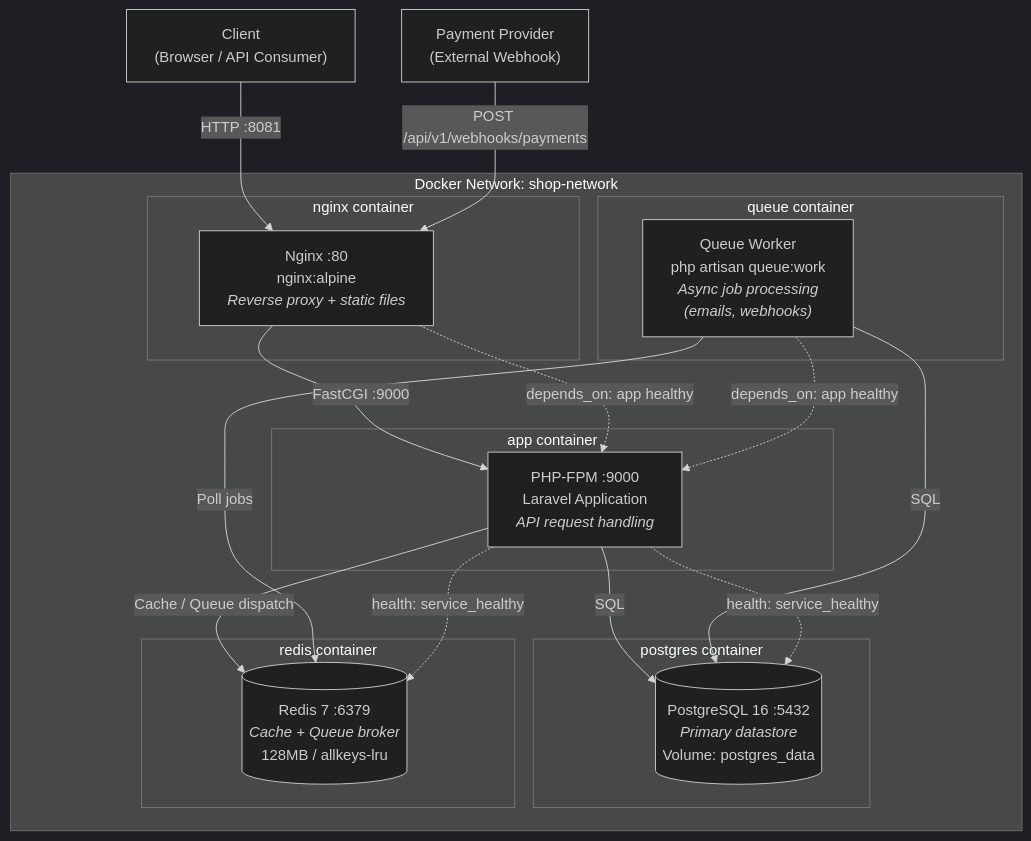
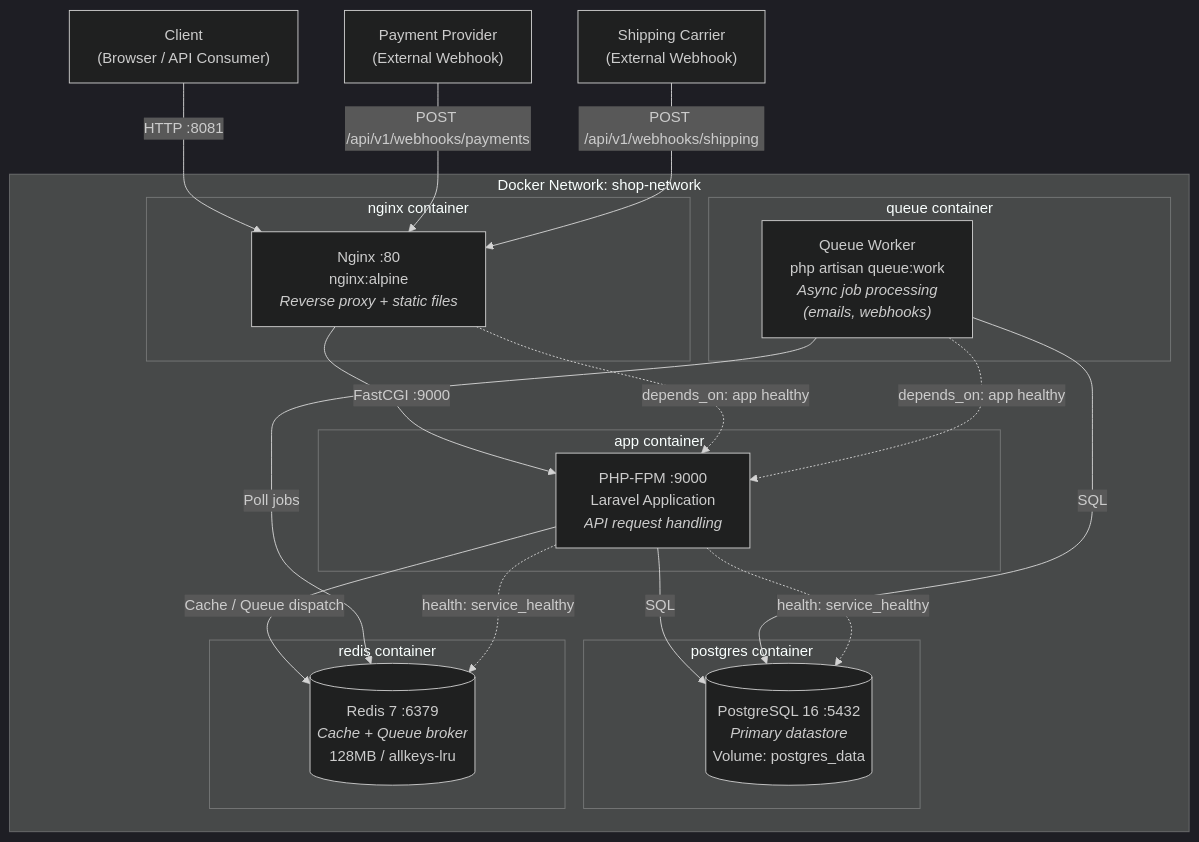
Before and after one commit to nefelitav/e-commerce-api: the third of 5 diagrams in docs/UML_DIAGRAMS.md, drawn with Mermaid (dark theme). The commit also changed other lines of this file and 49 other files, not shown here.

````diff
--- a/docs/UML_DIAGRAMS.md
+++ b/docs/UML_DIAGRAMS.md
@@ -196,39 +196,41 @@
 ```mermaid
 graph TB
     subgraph "Docker Network: shop-network"
         subgraph "nginx container"
             nginxService["Nginx :80<br/>nginx:alpine<br/><i>Reverse proxy + static files</i>"]
         end
 
         subgraph "app container"
             phpFpm["PHP-FPM :9000<br/>Laravel Application<br/><i>API request handling</i>"]
         end
 
         subgraph "queue container"
             queueWorker["Queue Worker<br/>php artisan queue:work<br/><i>Async job processing<br/>(emails, webhooks)</i>"]
         end
 
         subgraph "postgres container"
             postgresDb[("PostgreSQL 16 :5432<br/><i>Primary datastore</i><br/>Volume: postgres_data")]
         end
 
         subgraph "redis container"
             redisCache[("Redis 7 :6379<br/><i>Cache + Queue broker</i><br/>128MB / allkeys-lru")]
         end
     end
 
     client["Client<br/>(Browser / API Consumer)"]
     paymentProvider["Payment Provider<br/>(External Webhook)"]
+    shippingCarrier["Shipping Carrier<br/>(External Webhook)"]
 
     client -- "HTTP :8081" --> nginxService
     paymentProvider -- "POST /api/v1/webhooks/payments" --> nginxService
+    shippingCarrier -- "POST /api/v1/webhooks/shipping" --> nginxService
     nginxService -- "FastCGI :9000" --> phpFpm
     phpFpm -- "SQL" --> postgresDb
     phpFpm -- "Cache / Queue dispatch" --> redisCache
     queueWorker -- "Poll jobs" --> redisCache
     queueWorker -- "SQL" --> postgresDb
     phpFpm -. "health: service_healthy" .-> postgresDb
     phpFpm -. "health: service_healthy" .-> redisCache
     nginxService -. "depends_on: app healthy" .-> phpFpm
     queueWorker -. "depends_on: app healthy" .-> phpFpm
 ```
````
